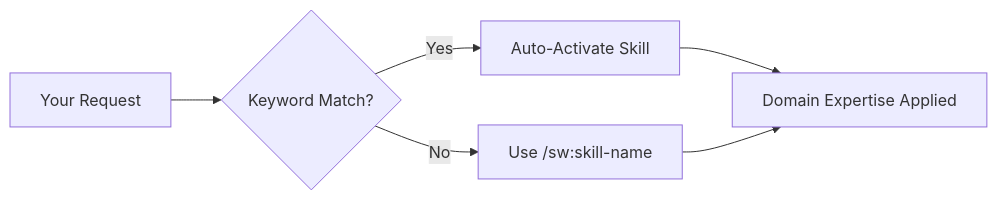
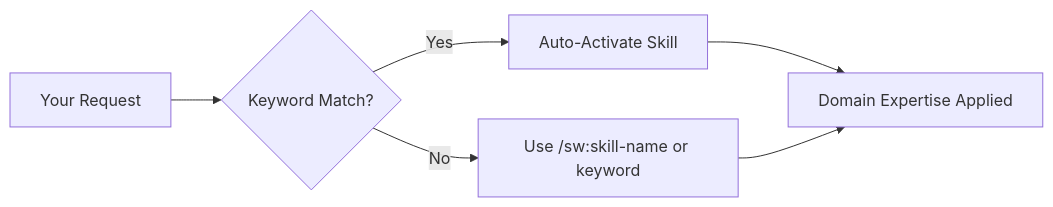
One commit to anton-abyzov/specweave changed the diagram in docs-site/docs/reference/skills.md. Above: the diagram before and after it, drawn with Mermaid. The commit also changed other lines of this file and 77 other files, not shown here.

````diff
--- a/docs-site/docs/reference/skills.md
+++ b/docs-site/docs/reference/skills.md
@@ -17,8 +21,8 @@
 ```mermaid
 graph LR
     A[Your Request] --> B{Keyword Match?}
     B -->|Yes| C[Auto-Activate Skill]
-    B -->|No| D[Use /sw:skill-name]
+    B -->|No| D[Use /sw:skill-name or keyword]
     C --> E[Domain Expertise Applied]
     D --> E
 ```
````
